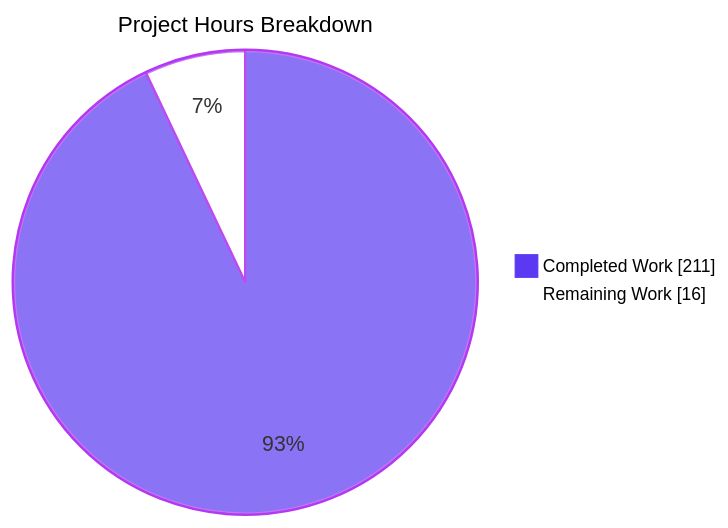
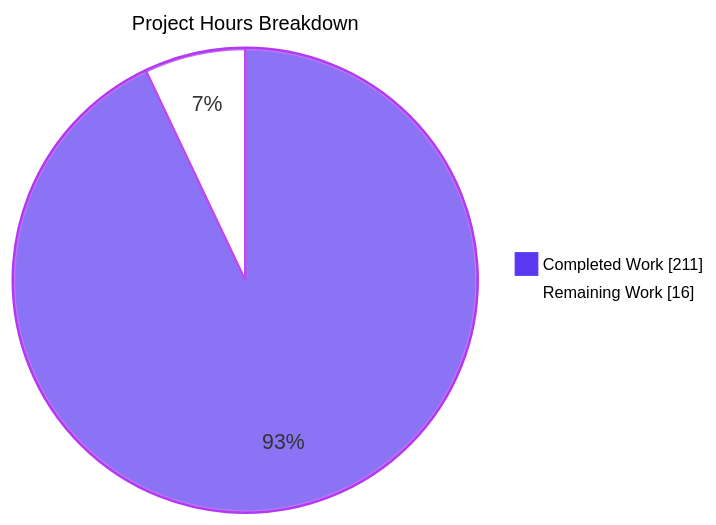
Before and after one commit to Blitzy-Sandbox/blitzy-localgcp: the second of 4 diagrams in blitzy/documentation/Project Guide.md, drawn with Mermaid. The commit also changed other lines of this file, not shown here.

````diff
--- a/blitzy/documentation/Project Guide.md
+++ b/blitzy/documentation/Project Guide.md
@@ -315,6 +339,6 @@
 ```mermaid
-%%{init: {'themeVariables': {'pie1':'#5B39F3','pie2':'#FFFFFF','pieStrokeColor':'#B23AF2','pieOuterStrokeColor':'#B23AF2','pieTitleTextSize':'18px','pieLegendTextSize':'14px'}}}%%
+%%{init: {'themeVariables': {'pie1':'#5B39F3','pie2':'#FFFFFF','pieStrokeColor':'#B23AF2','pieOuterStrokeColor':'#B23AF2','pieTitleTextSize':'16px','pieLegendTextSize':'13px'}}}%%
 pie showData title Project Hours Breakdown
     "Completed Work" : 211
     "Remaining Work" : 16
 ```
````
